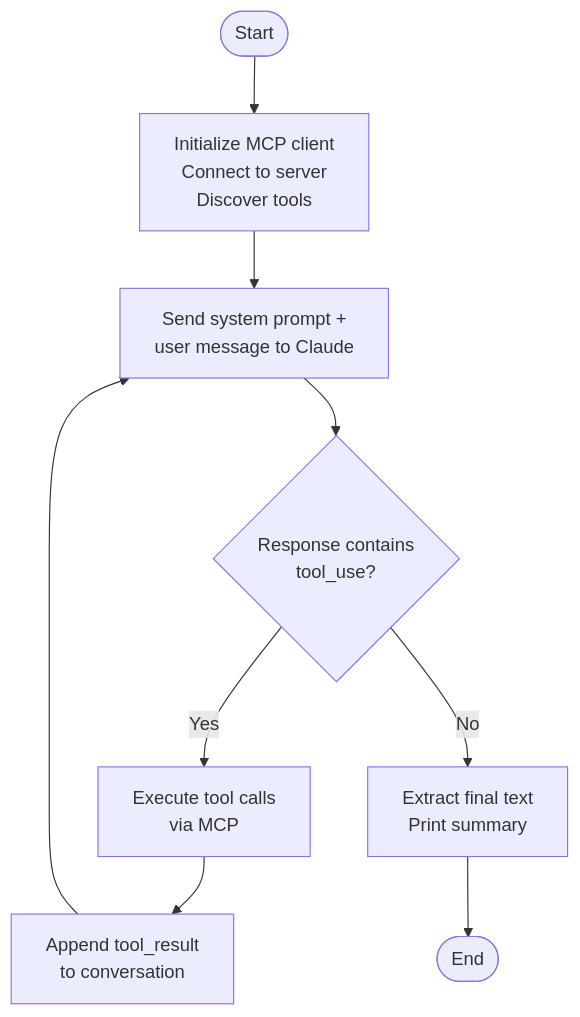
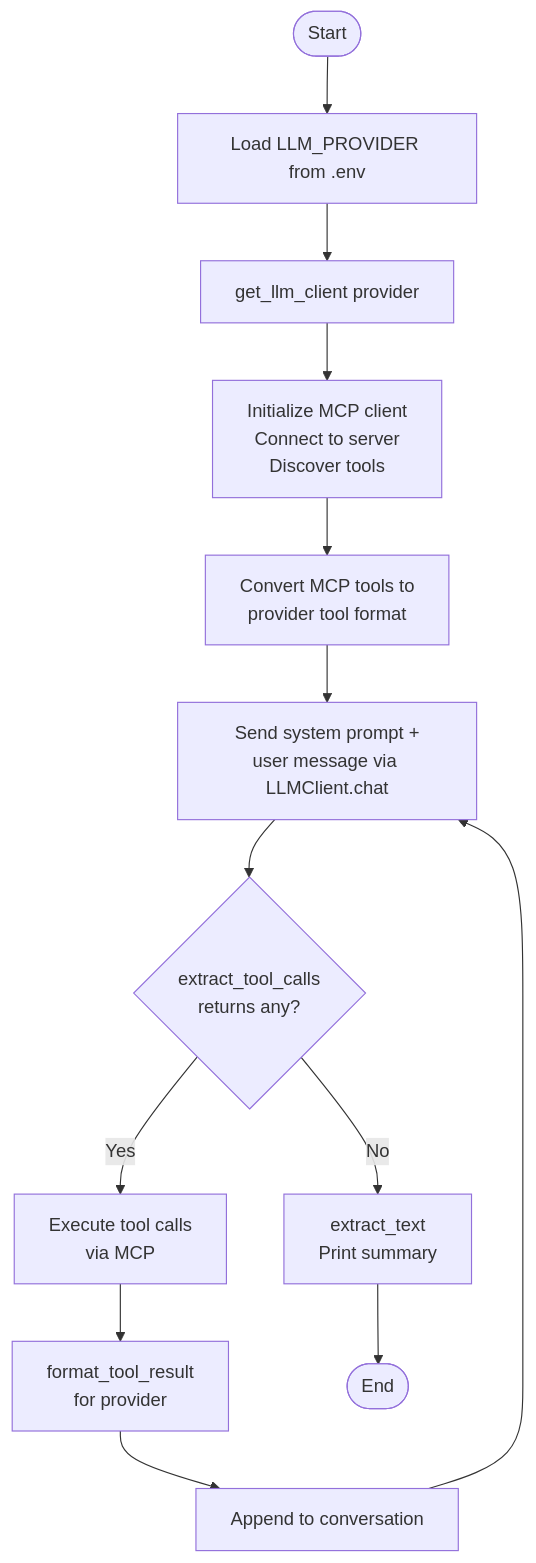
One commit to mondweep/vibe-cast changed the fifth of 7 diagrams in input/implementation-plan.md. Above: the diagram before and after it, drawn with Mermaid. The commit also changed other lines of this file and 1 other file, not shown here.

First line of the commit message:
Add multi-provider LLM support (Gemini/Claude/OpenAI)

````diff
--- a/input/implementation-plan.md
+++ b/input/implementation-plan.md
@@ -261,13 +272,17 @@
 ```mermaid
 flowchart TD
-    START([Start]) --> INIT[Initialize MCP client<br/>Connect to server<br/>Discover tools]
-    INIT --> SEND[Send system prompt +<br/>user message to Claude]
-    SEND --> CHECK{Response contains<br/>tool_use?}
+    START([Start]) --> PROV[Load LLM_PROVIDER from .env]
+    PROV --> FACTORY[get_llm_client provider]
+    FACTORY --> INIT[Initialize MCP client<br/>Connect to server<br/>Discover tools]
+    INIT --> CONVERT[Convert MCP tools to<br/>provider tool format]
+    CONVERT --> SEND[Send system prompt +<br/>user message via LLMClient.chat]
+    SEND --> CHECK{extract_tool_calls<br/>returns any?}
 
     CHECK -->|Yes| EXEC[Execute tool calls<br/>via MCP]
-    EXEC --> APPEND[Append tool_result<br/>to conversation]
+    EXEC --> FMT[format_tool_result<br/>for provider]
+    FMT --> APPEND[Append to conversation]
     APPEND --> SEND
 
-    CHECK -->|No| DONE[Extract final text<br/>Print summary]
+    CHECK -->|No| DONE[extract_text<br/>Print summary]
     DONE --> END([End])
 ```
````
